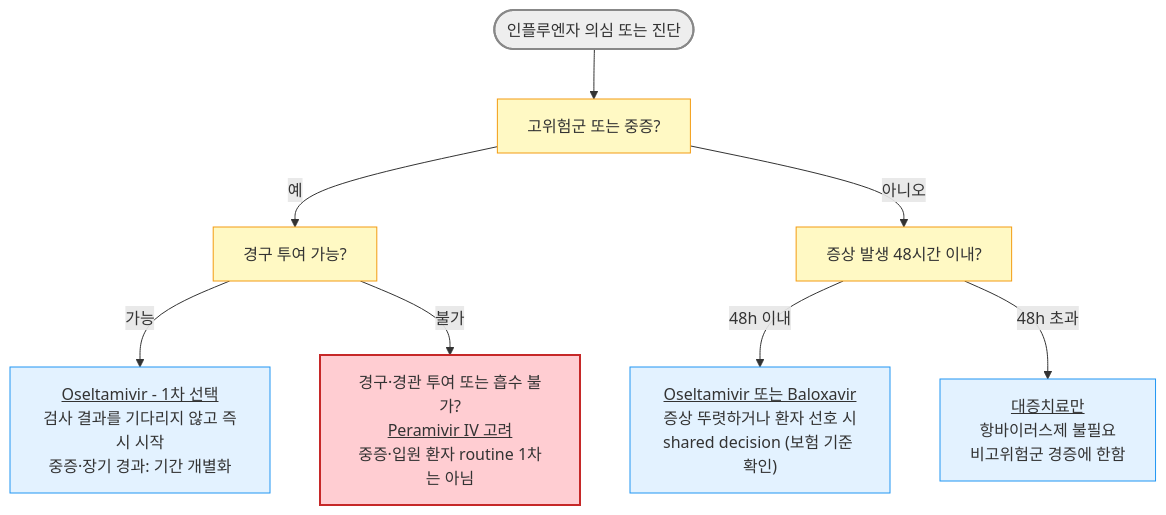
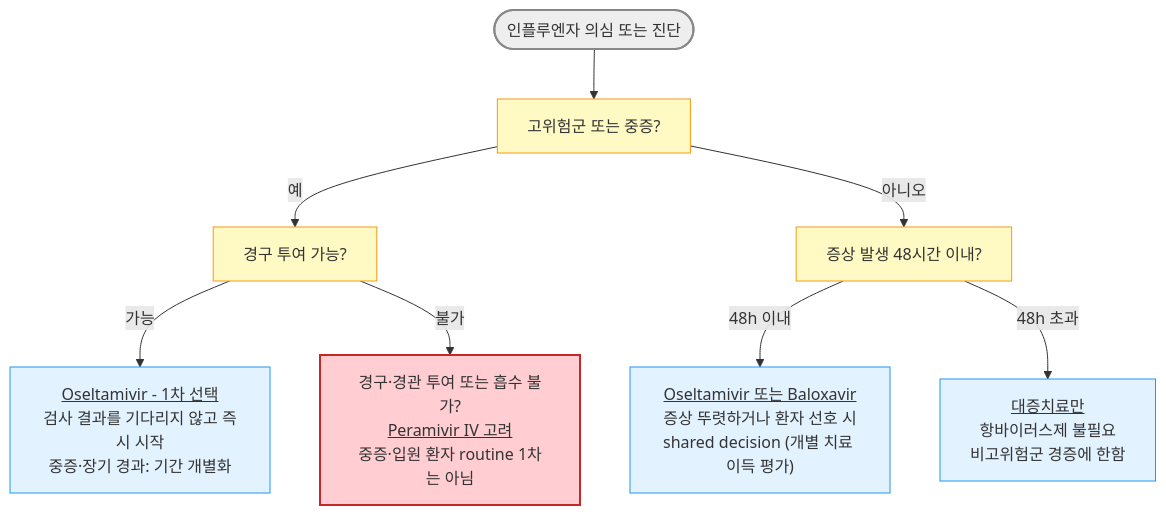
Before and after one commit to familyoh77/familyoh77: the diagram in 223_/069_-influenza.md, drawn with Mermaid. The commit also changed other lines of this file and 2 other files, not shown here.

````diff
--- a/223_/069_-influenza.md
+++ b/223_/069_-influenza.md
@@ -145,28 +145,28 @@
 ```mermaid
 graph TD
     Start([인플루엔자 의심 또는 진단])
 
     Q1[고위험군 또는 중증?]
     Q2[증상 발생 48시간 이내?]
     Q3[경구 투여 가능?]
 
     R1["<u>Oseltamivir - 1차 선택</u><br/>검사 결과를 기다리지 않고 즉시 시작<br/>중증·장기 경과: 기간 개별화"]
-    R2["<u>Oseltamivir 또는 Baloxavir</u><br/>증상 뚜렷하거나 환자 선호 시<br/>shared decision (보험 기준 확인)"]
+    R2["<u>Oseltamivir 또는 Baloxavir</u><br/>증상 뚜렷하거나 환자 선호 시<br/>shared decision (개별 치료 이득 평가)"]
     R3["<u>대증치료만</u><br/>항바이러스제 불필요<br/>비고위험군 경증에 한함"]
     R4["경구·경관 투여 또는 흡수 불가?<br/><u>Peramivir IV 고려</u><br/>중증·입원 환자 routine 1차는 아님"]
 
     Start --> Q1
     Q1 -- 예 --> Q3
     Q1 -- 아니오 --> Q2
     Q2 -- 48h 이내 --> R2
     Q2 -- 48h 초과 --> R3
     Q3 -- 가능 --> R1
     Q3 -- 불가 --> R4
 
     style Start fill:#eeeeee,stroke:#888888,stroke-width:2px
 classDef yellow fill:#fff9c4,stroke:#f39c12
 class Q1,Q2,Q3 yellow
 classDef sky fill:#e3f2ff,stroke:#2196f3
 class R1,R2,R3 sky
     style R4 fill:#ffcdd2,stroke:#c62828,stroke-width:2px
 ```
````
